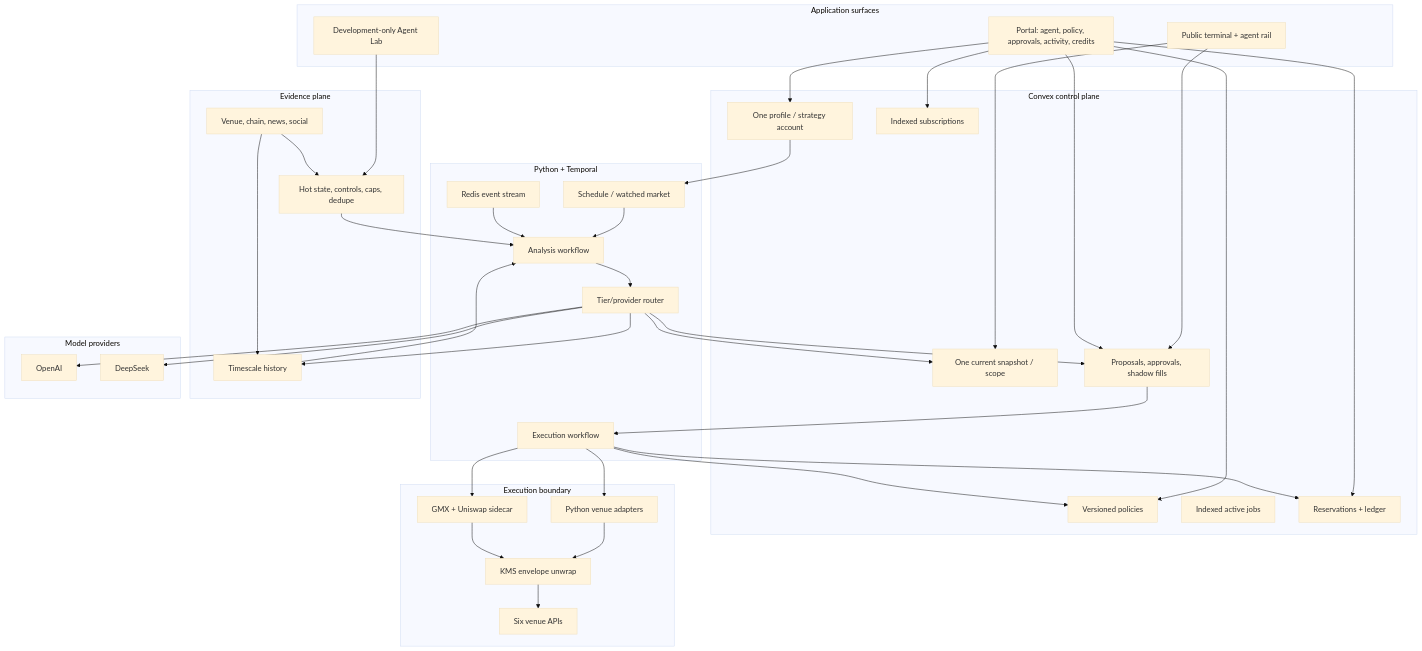
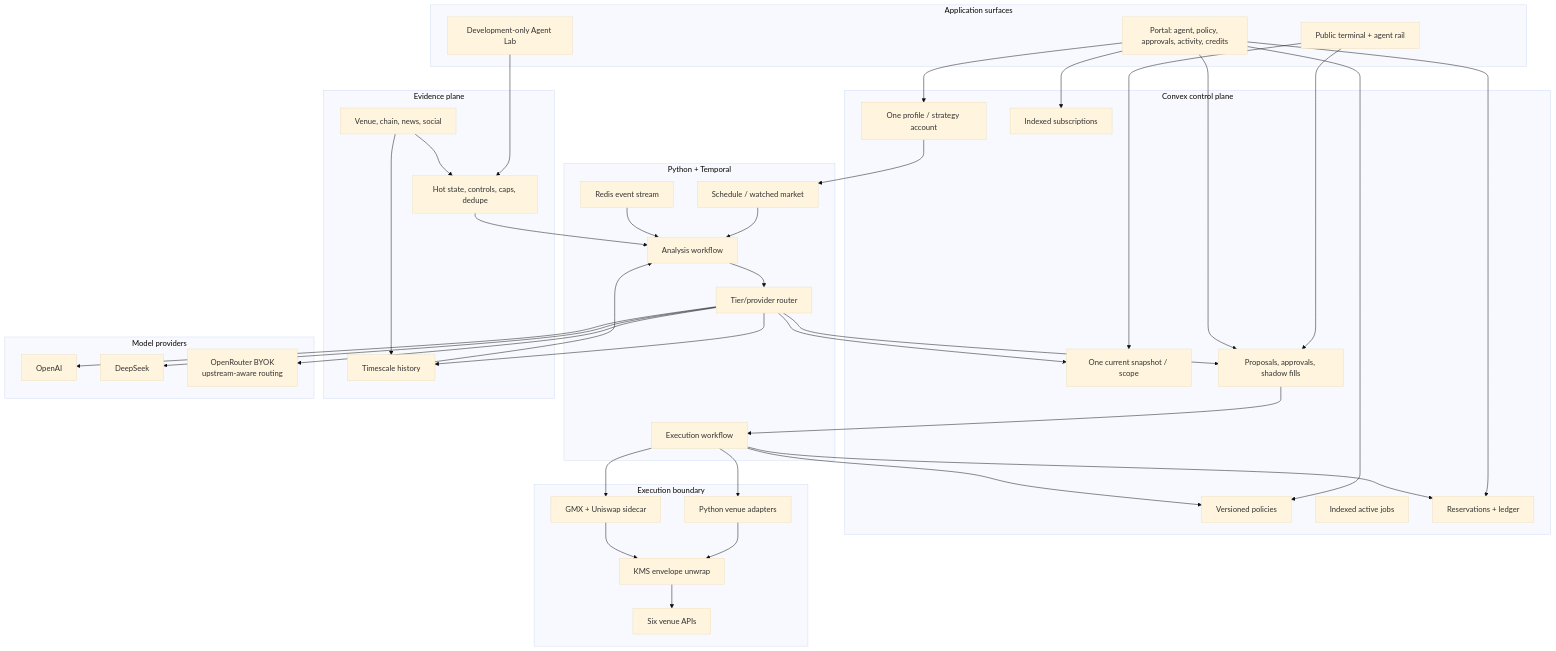
Before and after one commit to malawadd/mowazi: the second of 8 diagrams in docs/agentic-backend-architecture.md, drawn with Mermaid (base theme). The commit also changed 41 other files, not shown here.

````diff
--- a/docs/agentic-backend-architecture.md
+++ b/docs/agentic-backend-architecture.md
@@ -36,53 +36,54 @@
 ```mermaid
 flowchart TB
     subgraph UI["Application surfaces"]
       TERM["Public terminal + agent rail"]
       PORTAL["Portal: agent, policy, approvals, activity, credits"]
       LAB["Development-only Agent Lab"]
     end
     subgraph CX["Convex control plane"]
       PROFILE["One profile / strategy account"]
       SUB["Indexed subscriptions"]
       POLICY["Versioned policies"]
       JOB["Indexed active jobs"]
       SNAP["One current snapshot / scope"]
       CREDIT["Reservations + ledger"]
       TRADE["Proposals, approvals, shadow fills"]
     end
     subgraph ORCH["Python + Temporal"]
       SCHEDULE["Schedule / watched market"]
       EVENT["Redis event stream"]
       FLOW["Analysis workflow"]
       ROUTE["Tier/provider router"]
       EXEC["Execution workflow"]
     end
     subgraph DATA["Evidence plane"]
       FEEDS["Venue, chain, news, social"]
       REDIS["Hot state, controls, caps, dedupe"]
       PG["Timescale history"]
     end
     subgraph MODEL["Model providers"]
       OPENAI["OpenAI"]
       DEEP["DeepSeek"]
+      OPENROUTER["OpenRouter BYOK<br/>upstream-aware routing"]
     end
     subgraph GATE["Execution boundary"]
       PY["Python venue adapters"]
       TS["GMX + Uniswap sidecar"]
       KMS["KMS envelope unwrap"]
       VENUES["Six venue APIs"]
     end
 
     TERM --> SNAP & TRADE
     PORTAL --> PROFILE & SUB & POLICY & CREDIT & TRADE
     LAB --> REDIS
     PROFILE --> SCHEDULE --> FLOW
     EVENT --> FLOW
     REDIS & PG --> FLOW
-    FLOW --> ROUTE --> OPENAI & DEEP
+    FLOW --> ROUTE --> OPENAI & DEEP & OPENROUTER
     ROUTE --> PG & SNAP & TRADE
     TRADE --> EXEC
     EXEC --> POLICY & CREDIT
     EXEC --> PY & TS
     PY & TS --> KMS --> VENUES
     FEEDS --> REDIS & PG
 ```
````
